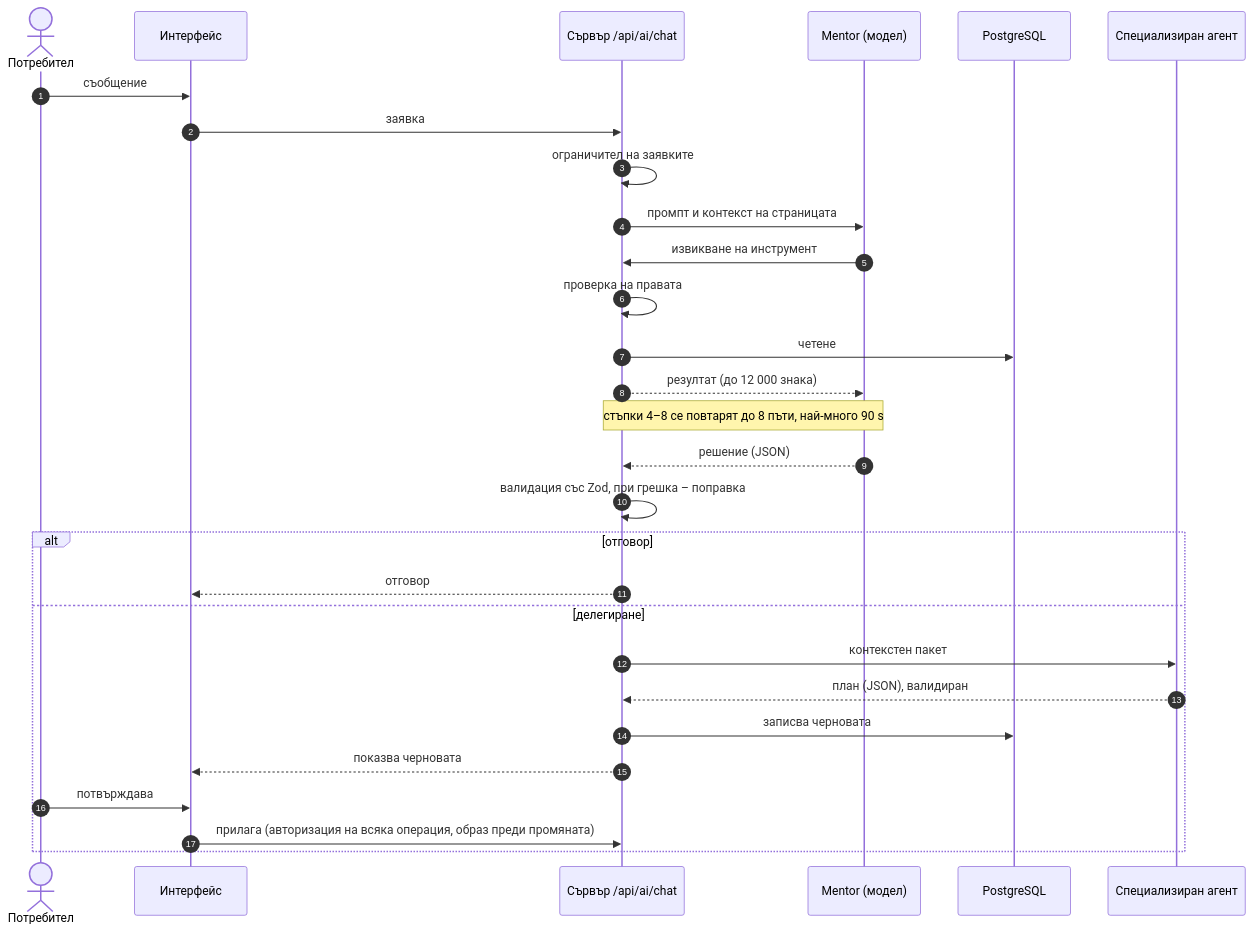
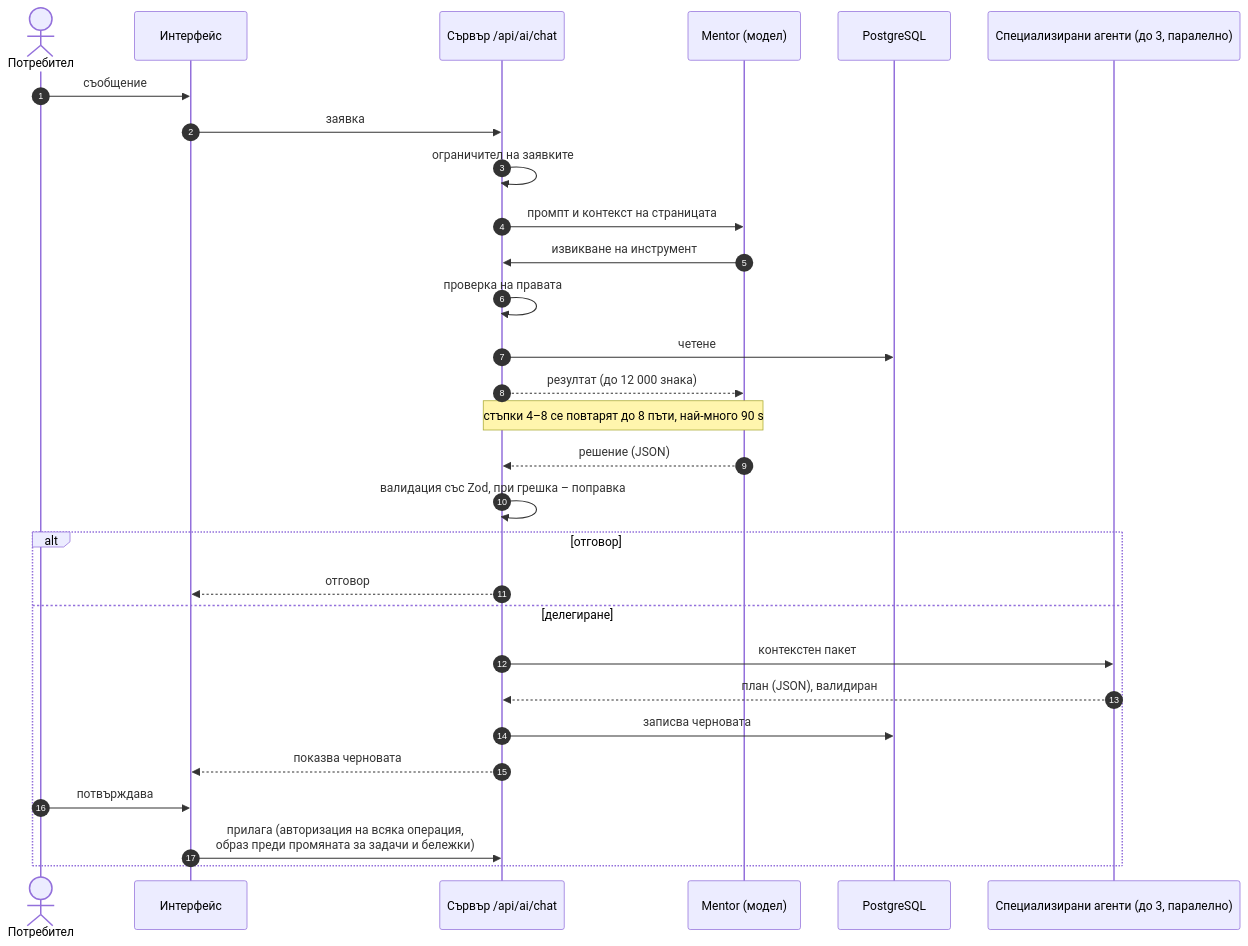
One commit to tuncheva/KAIROS changed the seventh of 19 diagrams in docs/diploma/diagrams/GALLERY.md. Above: the diagram before and after it, drawn with Mermaid. The commit also changed other lines of this file and 68 other files, not shown here.

First line of the commit message:
fix(thesis): replace Word-drawn figures; apply approved diagram changes

````diff
--- a/docs/diploma/diagrams/GALLERY.md
+++ b/docs/diploma/diagrams/GALLERY.md
@@ -213,32 +220,32 @@
 ```mermaid
 %% Фигура 7 и 19 – Последователност на един ход (стъпки 4–8: цикъл с инструменти; 10: валидация; 14–17: жизнен цикъл)
 sequenceDiagram
   autonumber
   actor U as Потребител
   participant UI as Интерфейс
   participant S as Сървър /api/ai/chat
   participant M as Mentor (модел)
   participant DB as PostgreSQL
-  participant A as Специализиран агент
+  participant A as Специализирани агенти (до 3, паралелно)
   U->>UI: съобщение
   UI->>S: заявка
   S->>S: ограничител на заявките
   S->>M: промпт и контекст на страницата
   M->>S: извикване на инструмент
   S->>S: проверка на правата
   S->>DB: четене
   S-->>M: резултат (до 12 000 знака)
   Note over S,M: стъпки 4–8 се повтарят до 8 пъти, най-много 90 s
   M-->>S: решение (JSON)
   S->>S: валидация със Zod, при грешка – поправка
   alt отговор
     S-->>UI: отговор
   else делегиране
     S->>A: контекстен пакет
     A-->>S: план (JSON), валидиран
     S->>DB: записва черновата
     S-->>UI: показва черновата
     U->>UI: потвърждава
-    UI->>S: прилага (авторизация на всяка операция, образ преди промяната)
+    UI->>S: прилага (авторизация на всяка операция,<br>образ преди промяната за задачи и бележки)
   end
 ```
````
